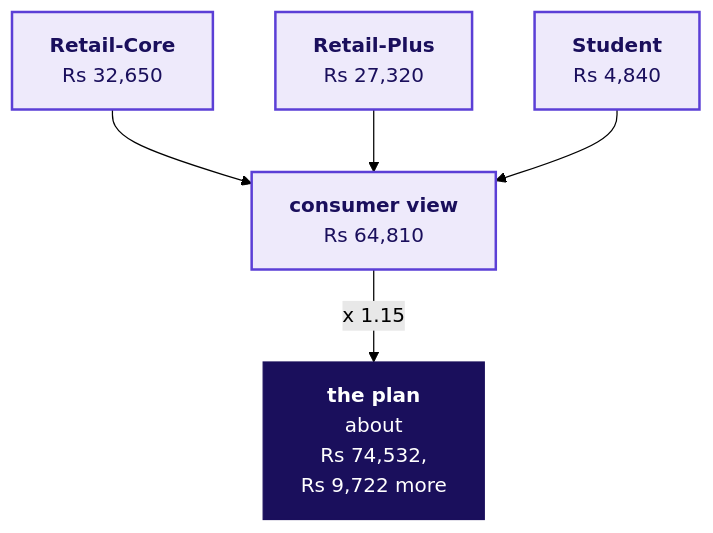
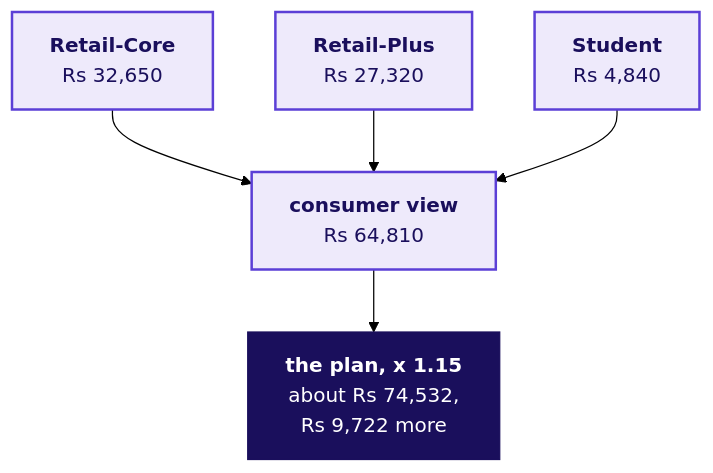
The second of 20 diagrams in content/W01/D1/slides/C2_W01_D01_half2_STUDENT.md (fde-academy-lab/c2-content-factory), drawn with Mermaid (forest theme) before and after one commit. The commit also changed other lines of this file and 3 other files, not shown here.

````diff
--- a/content/W01/D1/slides/C2_W01_D01_half2_STUDENT.md
+++ b/content/W01/D1/slides/C2_W01_D01_half2_STUDENT.md
@@ -138,11 +138,11 @@
 ```mermaid
 flowchart TB
     RC["<b>Retail-Core</b><br/>Rs 32,650"] --> V["<b>consumer view</b><br/>Rs 64,810"]
     RP["<b>Retail-Plus</b><br/>Rs 27,320"] --> V
     ST["<b>Student</b><br/>Rs 4,840"] --> V
-    V -->|"x 1.15"| P["<b>the plan</b><br/>about<br/>Rs 74,532,<br/>Rs 9,722 more"]
+    V --> P["<b>the plan, x 1.15</b><br/>about Rs 74,532,<br/>Rs 9,722 more"]
     classDef known fill:#EEEAFB,stroke:#5B3FD6,color:#1A0F5C,stroke-width:2px
     classDef bet fill:#1A0F5C,stroke:#1A0F5C,color:#FFFFFF
     class RC,RP,ST,V known
     class P bet
 ```
````
